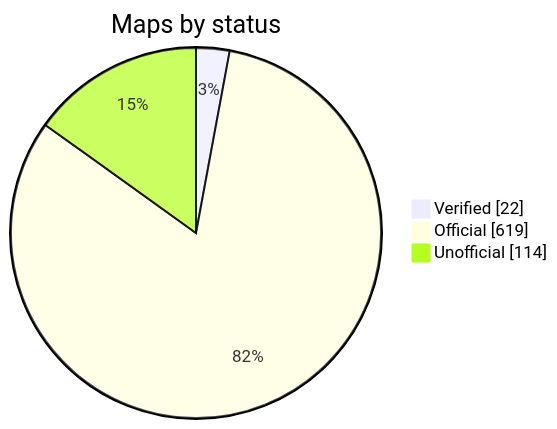
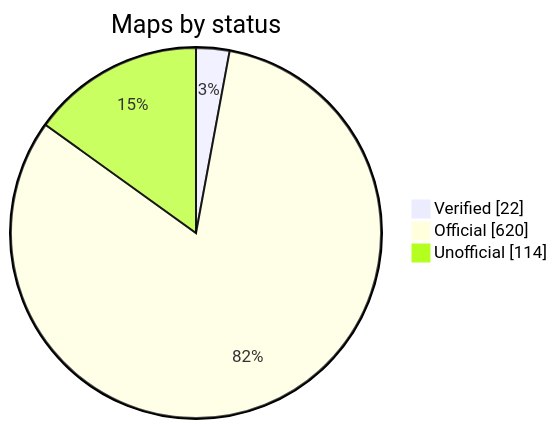
Before and after one commit to nobrega8/mbmap-library: the diagram in README.md, drawn with Mermaid. The commit also changed 6 other files, not shown here.

````diff
--- a/README.md
+++ b/README.md
@@ -52,7 +52,7 @@
 ```mermaid
 pie showData
     title Maps by status
     "Verified" : 22
-    "Official" : 619
+    "Official" : 620
     "Unofficial" : 114
 ```
````
